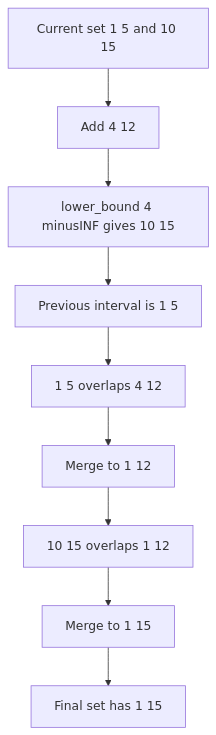
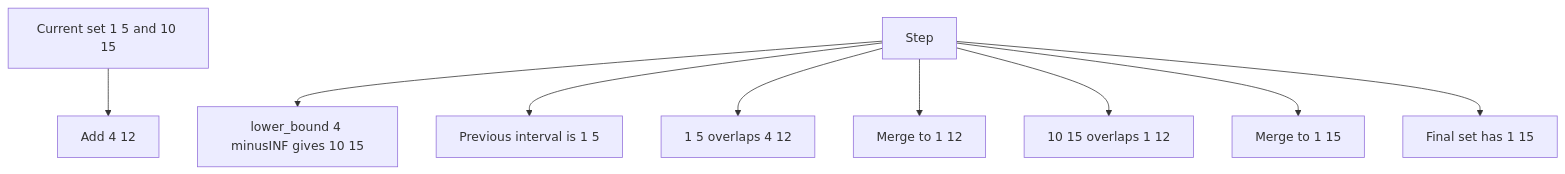
One commit to mthaiseer/springcloud-systemdesign-notes changed diagram 11 of 35 in CP_DSA_NOTES/001_TOPIC_WISE/001_STL_RANGE_QUERY_SWEEPLINE.md. Above: the diagram before and after it, drawn with Mermaid. The commit also changed other lines of this file and 1 other file, not shown here.

````diff
--- a/CP_DSA_NOTES/001_TOPIC_WISE/001_STL_RANGE_QUERY_SWEEPLINE.md
+++ b/CP_DSA_NOTES/001_TOPIC_WISE/001_STL_RANGE_QUERY_SWEEPLINE.md
@@ -815,11 +815,11 @@
 ```mermaid
 flowchart TD
-    A["Current set 1 5 and 10 15"] --> B["Add 4 12"]
-    B --> C["lower_bound 4 minusINF gives 10 15"]
-    C --> D["Previous interval is 1 5"]
-    D --> E["1 5 overlaps 4 12"]
-    E --> F["Merge to 1 12"]
-    F --> G["10 15 overlaps 1 12"]
-    G --> H["Merge to 1 15"]
-    H --> I["Final set has 1 15"]
+    N1["Current set 1 5 and 10 15"] --> N2["Add 4 12"]
+    N3["Step"] --> N4["lower_bound 4 minusINF gives 10 15"]
+    N3["Step"] --> N5["Previous interval is 1 5"]
+    N3["Step"] --> N6["1 5 overlaps 4 12"]
+    N3["Step"] --> N7["Merge to 1 12"]
+    N3["Step"] --> N8["10 15 overlaps 1 12"]
+    N3["Step"] --> N9["Merge to 1 15"]
+    N3["Step"] --> N10["Final set has 1 15"]
 ```
````
